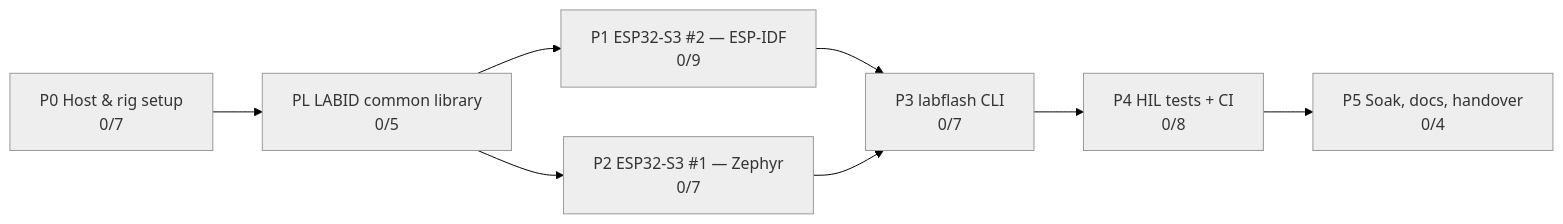
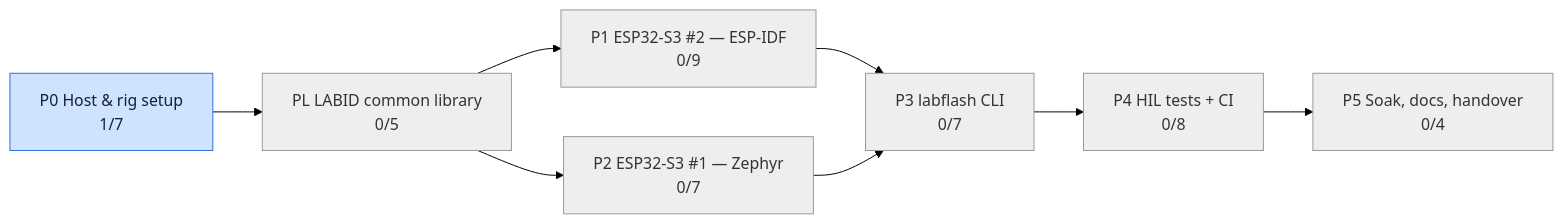
One commit to mohamed-soubhi/bootlab-esp changed the second of 3 diagrams in tickets/TICKETS.md. Above: the diagram before and after it, drawn with Mermaid (forest theme). The commit also changed other lines of this file and 9 other files, not shown here.

````diff
--- a/tickets/TICKETS.md
+++ b/tickets/TICKETS.md
@@ -29,21 +30,21 @@
 ```mermaid
 flowchart LR
-    E0["P0 Host & rig setup<br/>0/7"]:::todo
+    E0["P0 Host & rig setup<br/>1/7"]:::doing
     EL["PL LABID common library<br/>0/5"]:::todo
     E1["P1 ESP32-S3 #2 — ESP-IDF<br/>0/9"]:::todo
     E2["P2 ESP32-S3 #1 — Zephyr<br/>0/7"]:::todo
     E3["P3 labflash CLI<br/>0/7"]:::todo
     E4["P4 HIL tests + CI<br/>0/8"]:::todo
     E5["P5 Soak, docs, handover<br/>0/4"]:::todo
     E0 --> EL
     E1 --> E3
     E2 --> E3
     E3 --> E4
     E4 --> E5
     EL --> E1
     EL --> E2
     classDef todo fill:#eeeeee,stroke:#999,color:#333
     classDef doing fill:#cfe3ff,stroke:#2f6fdb,color:#123
     classDef blocked fill:#ffd6d6,stroke:#c62828,color:#400
     classDef done fill:#d4f5d4,stroke:#2e7d32,color:#132
 ```
````
